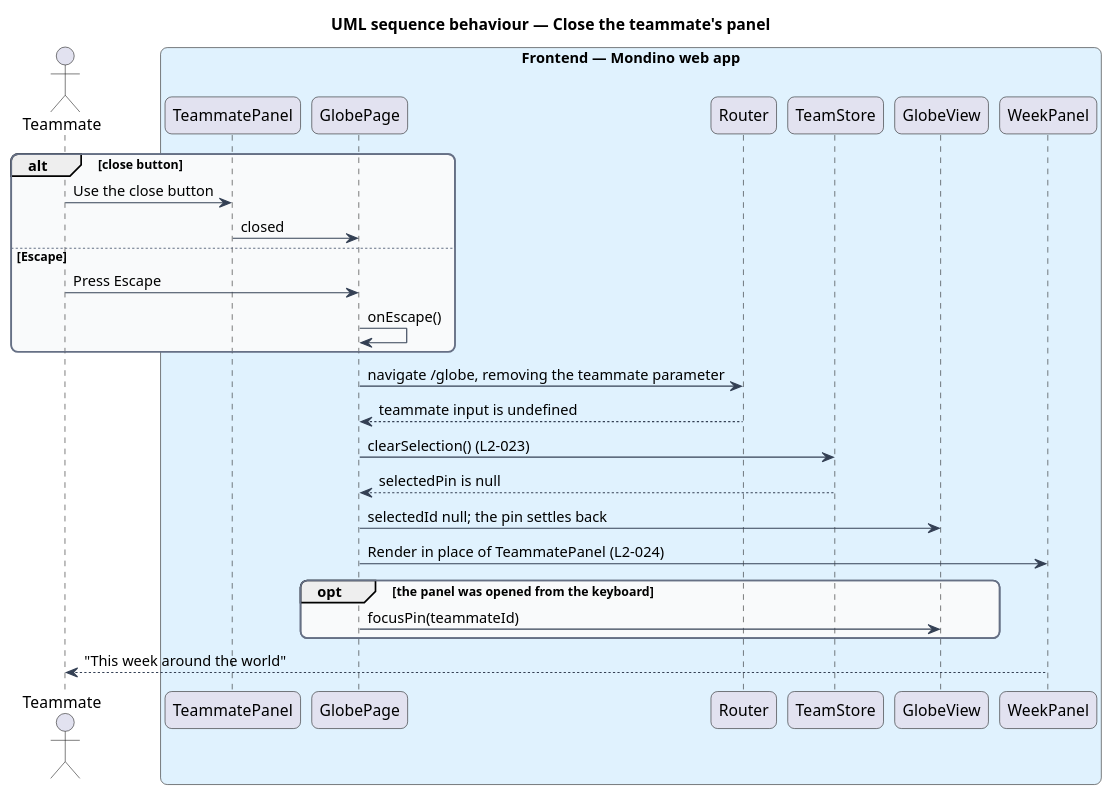
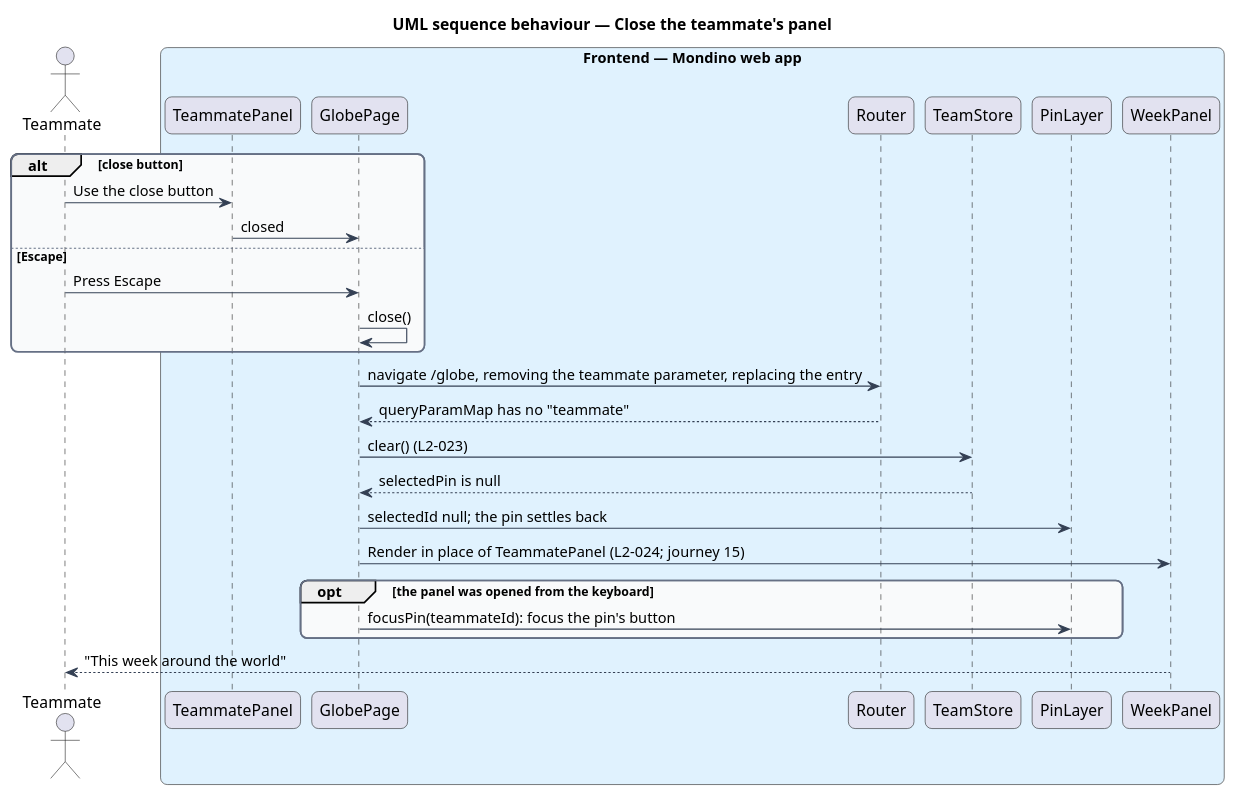
The diagram in docs/detailed-designs/team/view-teammate-panel/diagrams/sequence-close-panel.puml (QuinntyneBrown/Mondino), drawn with PlantUML before and after one commit. The commit also changed 10 other files, not shown here.

First line of the commit message:
Align the teammate panel's design with the mocks and the Globe as built

```diff
--- a/docs/detailed-designs/team/view-teammate-panel/diagrams/sequence-close-panel.puml
+++ b/docs/detailed-designs/team/view-teammate-panel/diagrams/sequence-close-panel.puml
@@ -1,43 +1,43 @@
 @startuml
 title UML sequence behaviour — Close the teammate's panel
 skinparam backgroundColor #FFFFFF
 skinparam shadowing false
 skinparam roundcorner 12
 skinparam defaultFontName Arial
 skinparam ArrowColor #344054
 skinparam rectangle {
   BorderColor #344054
   FontColor #101828
 }
 skinparam package {
   BorderColor #667085
   FontColor #101828
   BackgroundColor #F9FAFB
 }
 actor "Teammate" as actor
 box "Frontend — Mondino web app" #E0F2FE
   participant "TeammatePanel" as panel
   participant "GlobePage" as page
   participant "Router" as router
   participant "TeamStore" as store
-  participant "GlobeView" as globe
+  participant "PinLayer" as globe
   participant "WeekPanel" as week
 end box
 alt close button
   actor -> panel : Use the close button
   panel -> page : closed
 else Escape
   actor -> page : Press Escape
-  page -> page : onEscape()
+  page -> page : close()
 end
-page -> router : navigate /globe, removing the teammate parameter
-router --> page : teammate input is undefined
-page -> store : clearSelection() (L2-023)
+page -> router : navigate /globe, removing the teammate parameter, replacing the entry
+router --> page : queryParamMap has no "teammate"
+page -> store : clear() (L2-023)
 store --> page : selectedPin is null
 page -> globe : selectedId null; the pin settles back
-page -> week : Render in place of TeammatePanel (L2-024)
+page -> week : Render in place of TeammatePanel (L2-024; journey 15)
 opt the panel was opened from the keyboard
-  page -> globe : focusPin(teammateId)
+  page -> globe : focusPin(teammateId): focus the pin's button
 end
 week --> actor : "This week around the world"
 @enduml
```
